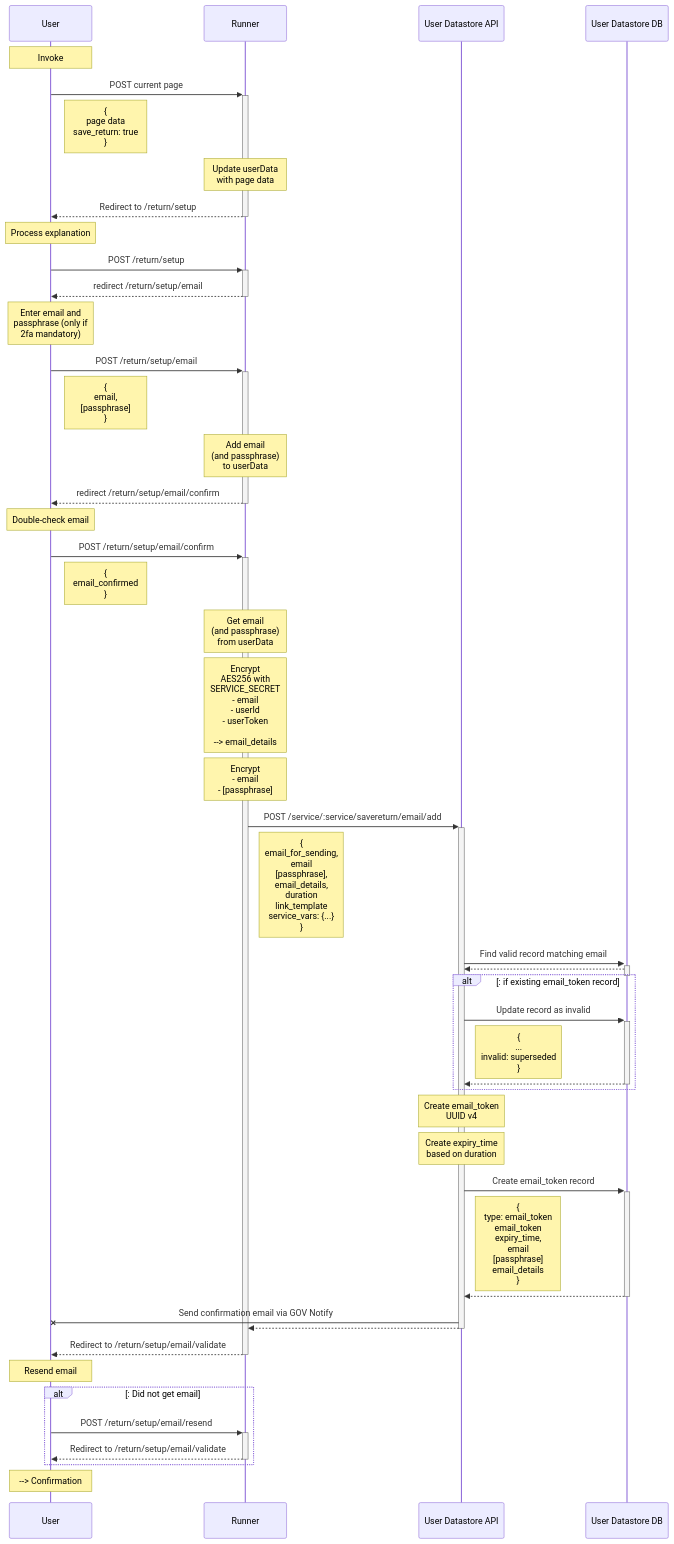
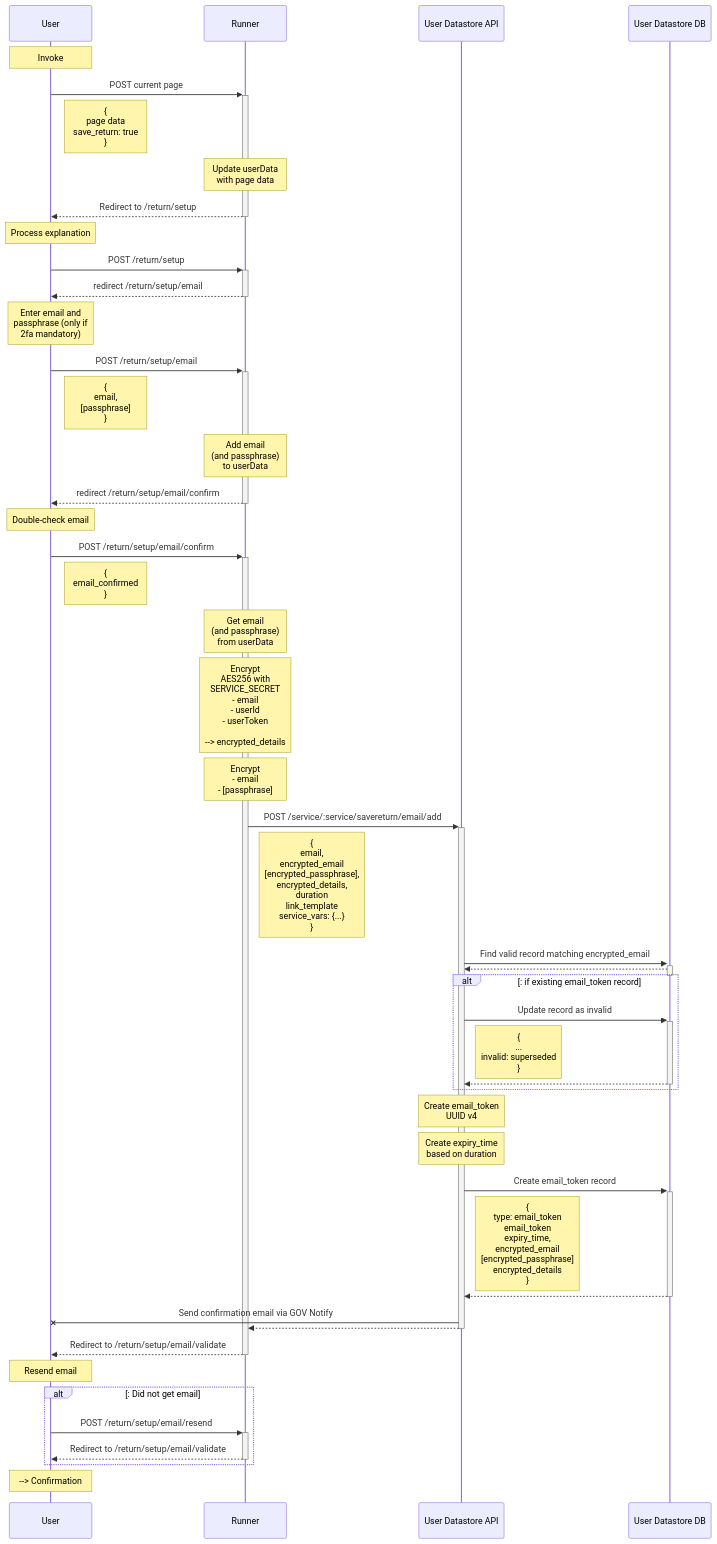
One commit to ministryofjustice/form-builder changed the diagram in documentation/running/save-and-return/files/return--setup--email-add.mmd. Above: the diagram before and after it, drawn with Mermaid. The commit also changed 29 other files, not shown here.

```diff
--- a/documentation/running/save-and-return/files/return--setup--email-add.mmd
+++ b/documentation/running/save-and-return/files/return--setup--email-add.mmd
@@ -1,92 +1,92 @@
 sequenceDiagram
 
 participant U as User
 
 participant R as Runner
 
 participant DS as User Datastore API
 
 participant DB as User Datastore DB
 
 Note over U: Invoke
 
 U->>+R: POST current page
 
 Note right of U: {<br>  page data<br>  save_return: true<br>}
 
 Note over R: Update userData<br>with page data
 
 R-->>-U: Redirect to /return/setup
 
 Note over U: Process explanation
 
 U->>+R: POST /return/setup
 
 R-->>-U: redirect /return/setup/email
 
 Note over U: Enter email and <br>passphrase (only if <br>2fa mandatory)
 
 U->>+R: POST /return/setup/email
 
 Note right of U: {<br>email,<br>[passphrase]<br>}
 
 Note over R: Add email <br>(and passphrase) <br>to userData
 
 R-->>-U: redirect /return/setup/email/confirm
 
 Note over U: Double-check email
 
 U->>+R: POST /return/setup/email/confirm
 
 Note right of U: {<br>email_confirmed<br>}
 
 Note over R: Get email <br>(and passphrase) <br>from userData
-Note over R: Encrypt<br>AES256 with<br>SERVICE_SECRET<br>- email<br>- userId<br>- userToken<br><br>--> email_details
+Note over R: Encrypt<br>AES256 with<br>SERVICE_SECRET<br>- email<br>- userId<br>- userToken<br><br>--> encrypted_details
 
 Note over R: Encrypt <br>- email<br>- [passphrase]
 
 R->>+DS: POST /service/:service/savereturn/email/add
 
-Note right of R: {<br>email_for_sending,<br>email<br>[passphrase],<br>email_details,<br>duration<br>link_template<br>service_vars: {...}<br>}
+Note right of R: {<br>email,<br>encrypted_email<br>[encrypted_passphrase],<br>encrypted_details,<br>duration<br>link_template<br>service_vars: {...}<br>}
 
-DS->>+DB: Find valid record matching email
+DS->>+DB: Find valid record matching encrypted_email
 
 DB-->>-DS: 
 
 alt: if existing email_token record
 
   DS->>+DB: Update record as invalid
 
   Note right of DS: {<br>...<br>invalid: superseded<br>}
 
   DB-->>-DS: 
 
 end
 
 Note over DS: Create email_token<br>UUID v4
 
 Note over DS: Create expiry_time<br>based on duration
 
 DS->>+DB: Create email_token record 
 
-Note right of DS: { <br>type: email_token<br>email_token<br>expiry_time,<br>email<br>[passphrase]<br>email_details<br> }
+Note right of DS: { <br>type: email_token<br>email_token<br>expiry_time,<br>encrypted_email<br>[encrypted_passphrase]<br>encrypted_details<br> }
 
 DB-->>-DS: 
 
 DS-XU: Send confirmation email via GOV Notify
 
 DS-->>-R:  
 
 R-->>-U: Redirect to /return/setup/email/validate
 
 Note over U: Resend email
 
 alt: Did not get email
 
   U->>+R: POST /return/setup/email/resend
 
   R-->>-U: Redirect to /return/setup/email/validate
 
 end
 
 Note over U: --> Confirmation
```
